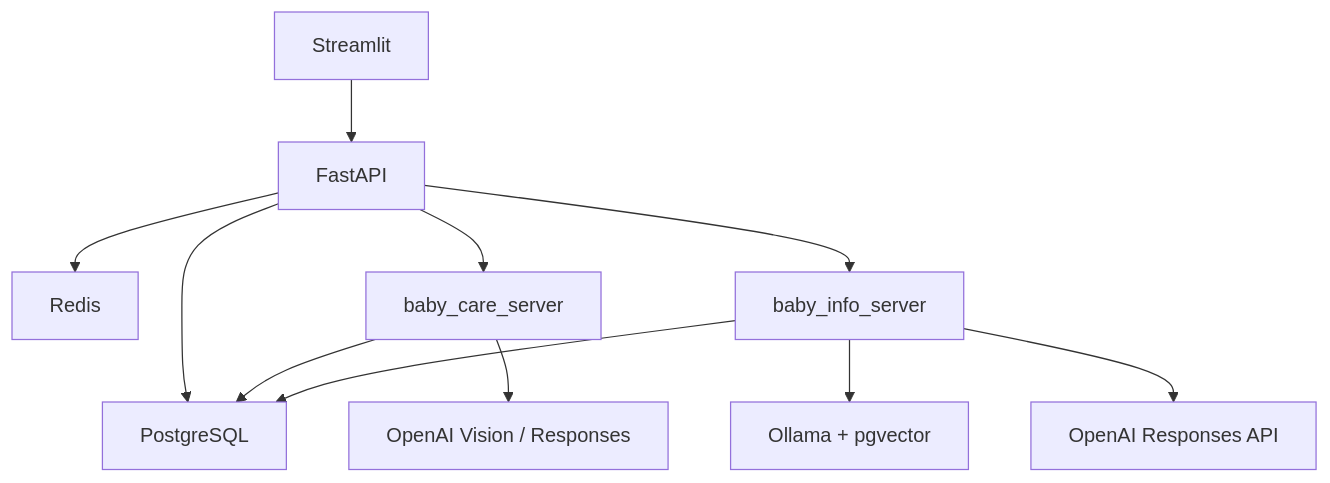
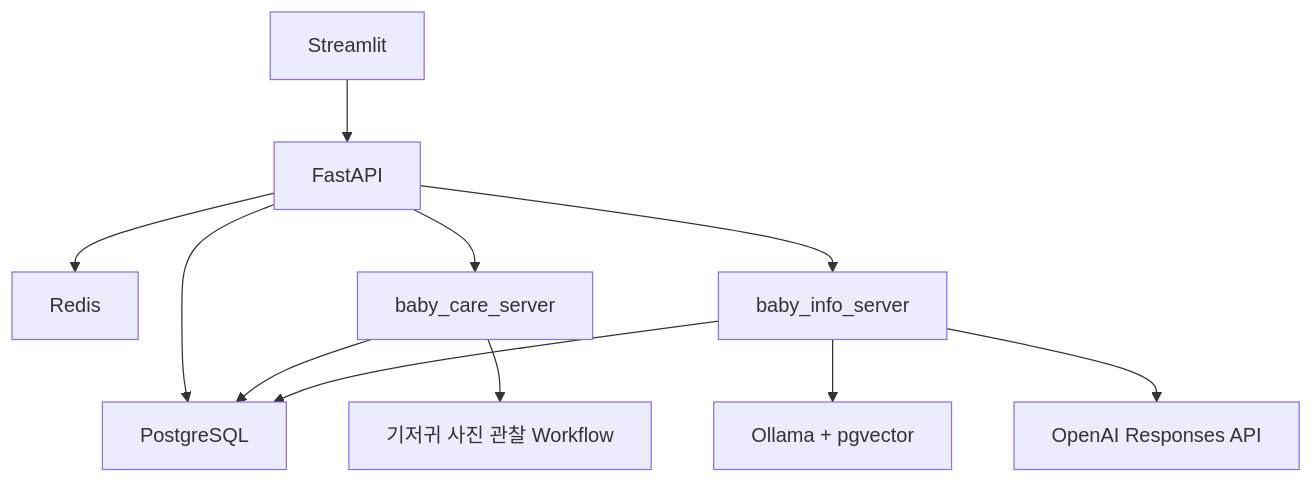
One commit to encore-ai-campus/aio-01-p2-team3 changed the first of 3 diagrams in documents/overall_plan.md. Above: the diagram before and after it, drawn with Mermaid. The commit also changed other lines of this file and 17 other files, not shown here.

````diff
--- a/documents/overall_plan.md
+++ b/documents/overall_plan.md
@@ -93,13 +102,13 @@
 ```mermaid
 flowchart TD
     A["Streamlit"] --> B["FastAPI"]
     B --> C["PostgreSQL"]
     B --> D["Redis"]
     B --> E["baby_care_server"]
     B --> F["baby_info_server"]
     E --> C
     F --> C
     F --> G["Ollama + pgvector"]
-    E --> H["OpenAI Vision / Responses"]
+    E --> H["기저귀 사진 관찰 Workflow"]
     F --> I["OpenAI Responses API"]
 ```
````
